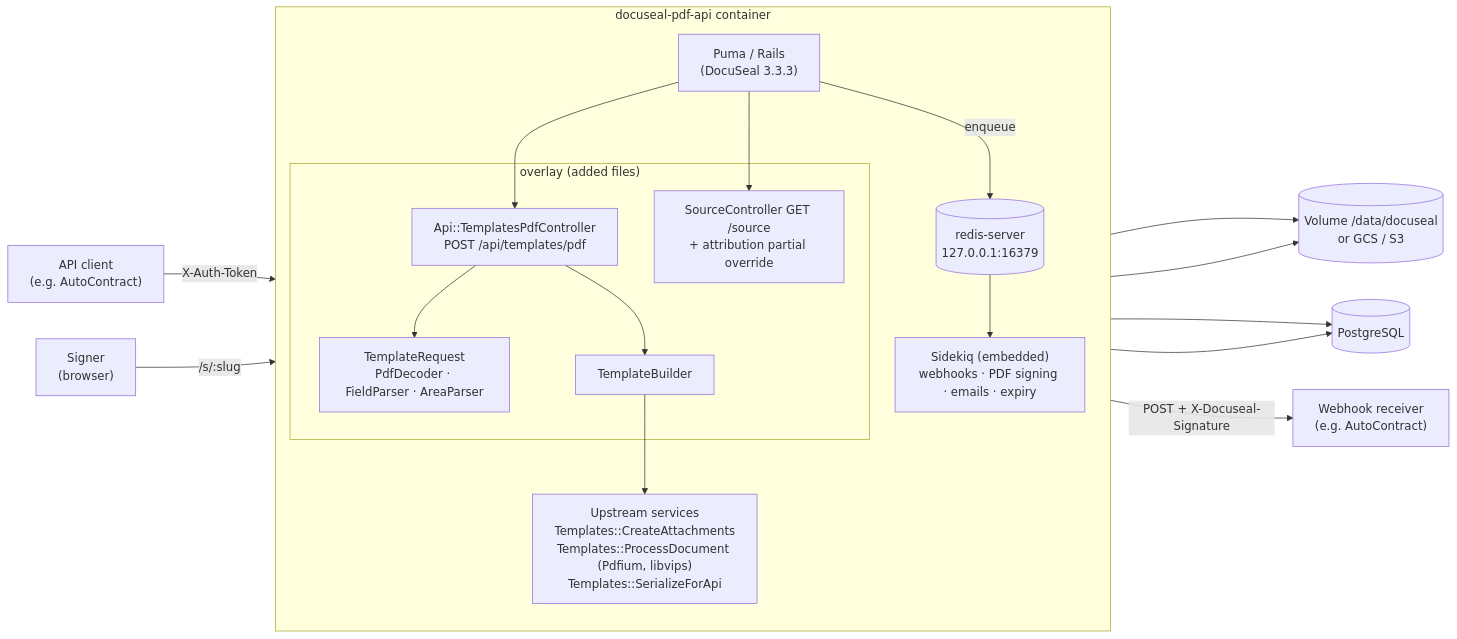
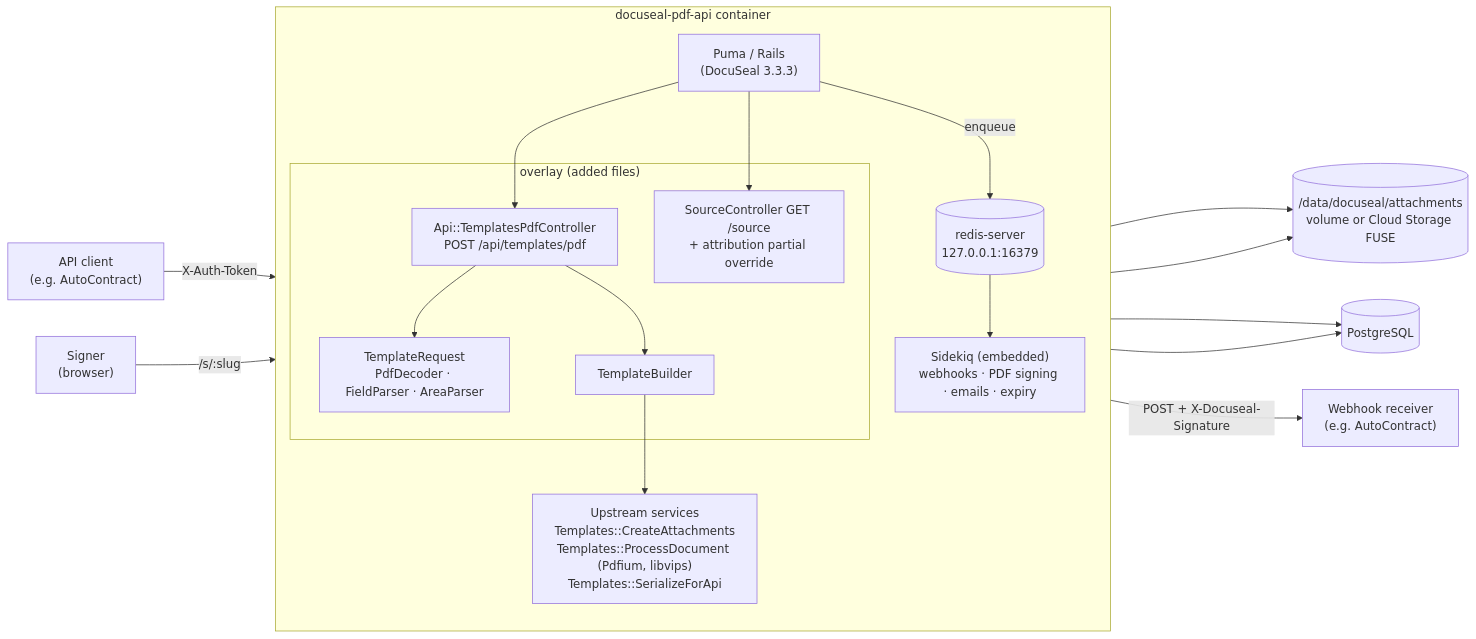
Before and after one commit to MaherAID/docuseal-pdf-api: the diagram in docs/architecture.md, drawn with Mermaid. The commit also changed other lines of this file and 5 other files, not shown here.

First line of the commit message:
docs: document non-root operation and the Cloud Run FUSE storage recipe

````diff
--- a/docs/architecture.md
+++ b/docs/architecture.md
@@ -10,36 +11,36 @@
 ```mermaid
 flowchart LR
     client["API client<br/>(e.g. AutoContract)"]
     signer["Signer<br/>(browser)"]
     receiver["Webhook receiver<br/>(e.g. AutoContract)"]
 
     subgraph container["docuseal-pdf-api container"]
         direction TB
         puma["Puma / Rails<br/>(DocuSeal 3.3.3)"]
         subgraph overlay["overlay (added files)"]
             ctrl["Api::TemplatesPdfController<br/>POST /api/templates/pdf"]
             req["TemplateRequest<br/>PdfDecoder · FieldParser · AreaParser"]
             builder["TemplateBuilder"]
             src["SourceController GET /source<br/>+ attribution partial override"]
         end
         upstream["Upstream services<br/>Templates::CreateAttachments<br/>Templates::ProcessDocument (Pdfium, libvips)<br/>Templates::SerializeForApi"]
         sidekiq["Sidekiq (embedded)<br/>webhooks · PDF signing · emails · expiry"]
         redis[("redis-server<br/>127.0.0.1:16379")]
     end
 
     pg[("PostgreSQL")]
-    storage[("Volume /data/docuseal<br/>or GCS / S3")]
+    storage[("/data/docuseal/attachments<br/>volume or Cloud Storage FUSE")]
 
     client -- "X-Auth-Token" --> puma
     signer -- "/s/:slug" --> puma
     puma --> ctrl --> req
     ctrl --> builder --> upstream
     puma --> src
     upstream --> storage
     builder --> pg
     puma -- "enqueue" --> redis
     redis --> sidekiq
     sidekiq --> pg
     sidekiq --> storage
     sidekiq -- "POST + X-Docuseal-Signature" --> receiver
 ```
````
